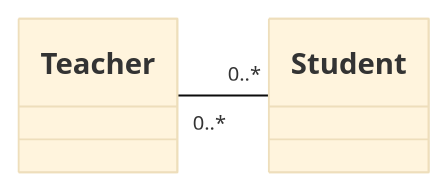
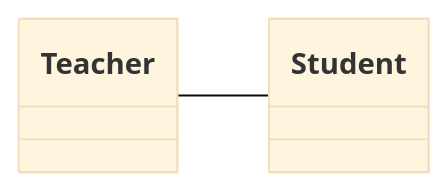
The fifth of 14 diagrams in sec-04-uml-class/17-uml-class-diagram/uml_class.qmd (JeremiJR/uog-cpp), drawn with Mermaid (base theme) before and after one commit. The commit also changed other lines of this file and 19 other files, not shown here.

````diff
--- a/sec-04-uml-class/17-uml-class-diagram/uml_class.qmd
+++ b/sec-04-uml-class/17-uml-class-diagram/uml_class.qmd
@@ -199,8 +215,7 @@
 ```{mermaid}
 classDiagram
     direction LR
     class Teacher
     class Student
-    %% The simple solid line indicates general association
-    Teacher "0..*" -- "0..*" Student
+    Teacher -- Student
 ```
````
